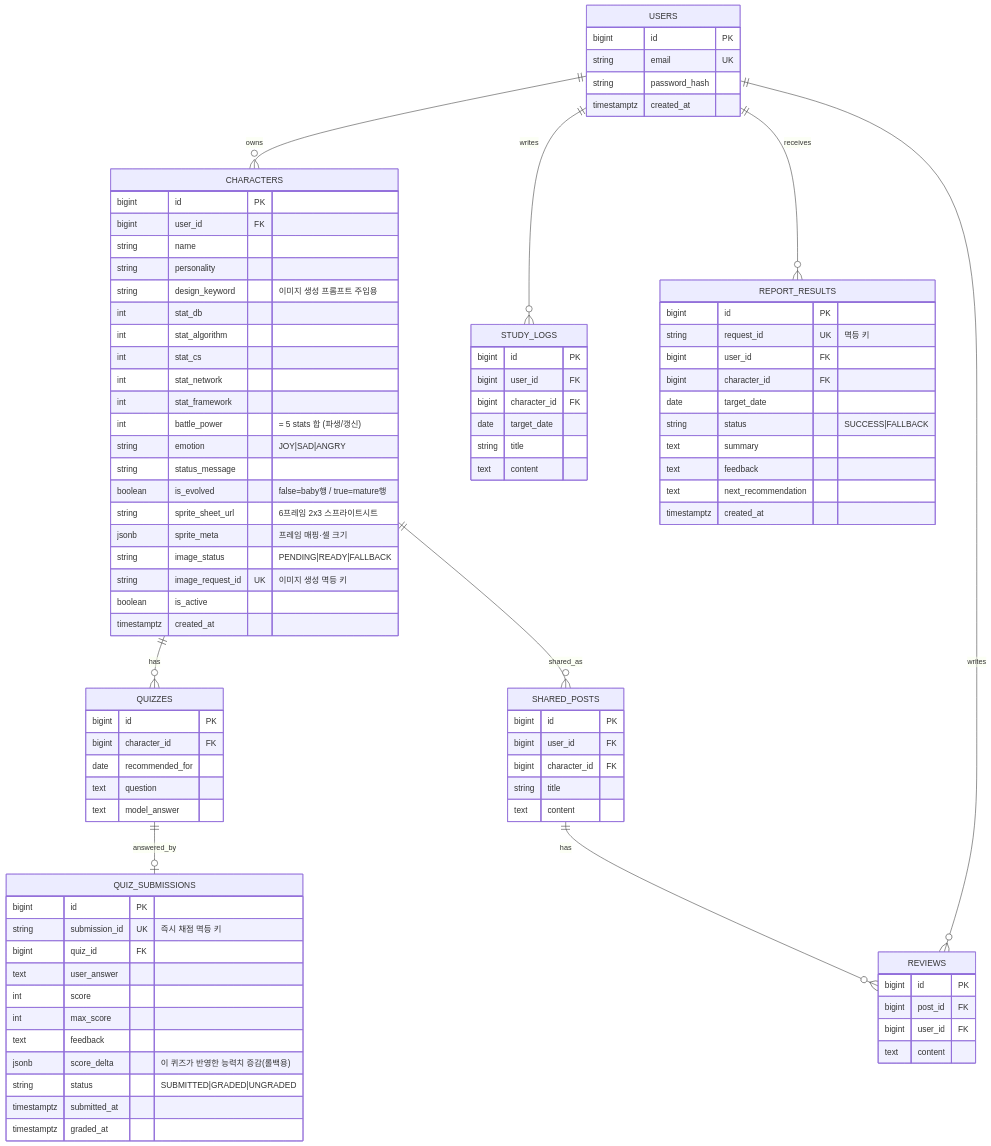
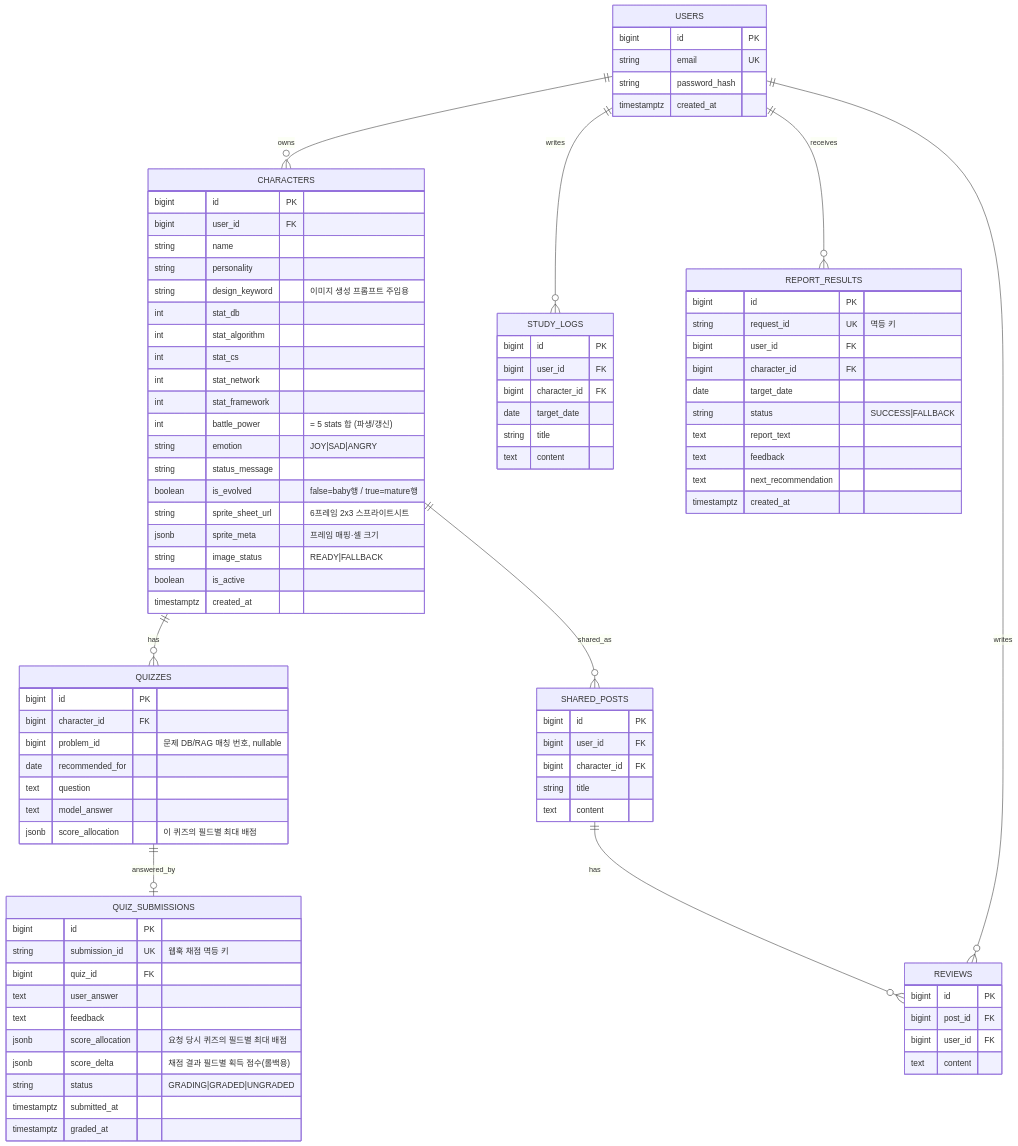
One commit to YunAndDong/commitgotchi changed the third of 7 diagrams in _bmad-output/planning-artifacts/architecture/architecture-commitgotchi-2026-06-07/architecture.md. Above: the diagram before and after it, drawn with Mermaid. The commit also changed other lines of this file, not shown here.

Commit message:
docs: align core architecture contracts

```diff
--- a/_bmad-output/planning-artifacts/architecture/architecture-commitgotchi-2026-06-07/architecture.md
+++ b/_bmad-output/planning-artifacts/architecture/architecture-commitgotchi-2026-06-07/architecture.md
@@ -524,8 +551,7 @@
     boolean is_evolved "false=baby행 / true=mature행"
     string sprite_sheet_url "6프레임 2x3 스프라이트시트"
     jsonb sprite_meta "프레임 매핑·셀 크기"
-    string image_status "PENDING|READY|FALLBACK"
-    string image_request_id UK "이미지 생성 멱등 키"
+    string image_status "READY|FALLBACK"
     boolean is_active
     timestamptz created_at
   }
@@ -540,20 +566,21 @@
   QUIZZES {
     bigint id PK
     bigint character_id FK
+    bigint problem_id "문제 DB/RAG 매칭 번호, nullable"
     date recommended_for
     text question
     text model_answer
+    jsonb score_allocation "이 퀴즈의 필드별 최대 배점"
   }
   QUIZ_SUBMISSIONS {
     bigint id PK
-    string submission_id UK "즉시 채점 멱등 키"
+    string submission_id UK "웹훅 채점 멱등 키"
     bigint quiz_id FK
     text user_answer
-    int score
-    int max_score
     text feedback
-    jsonb score_delta "이 퀴즈가 반영한 능력치 증감(롤백용)"
-    string status "SUBMITTED|GRADED|UNGRADED"
+    jsonb score_allocation "요청 당시 퀴즈의 필드별 최대 배점"
+    jsonb score_delta "채점 결과 필드별 획득 점수(롤백용)"
+    string status "GRADING|GRADED|UNGRADED"
     timestamptz submitted_at
     timestamptz graded_at
   }
@@ -564,7 +591,7 @@
     bigint character_id FK
     date target_date
     string status "SUCCESS|FALLBACK"
-    text summary
+    text report_text
     text feedback
     text next_recommendation
     timestamptz created_at
```
